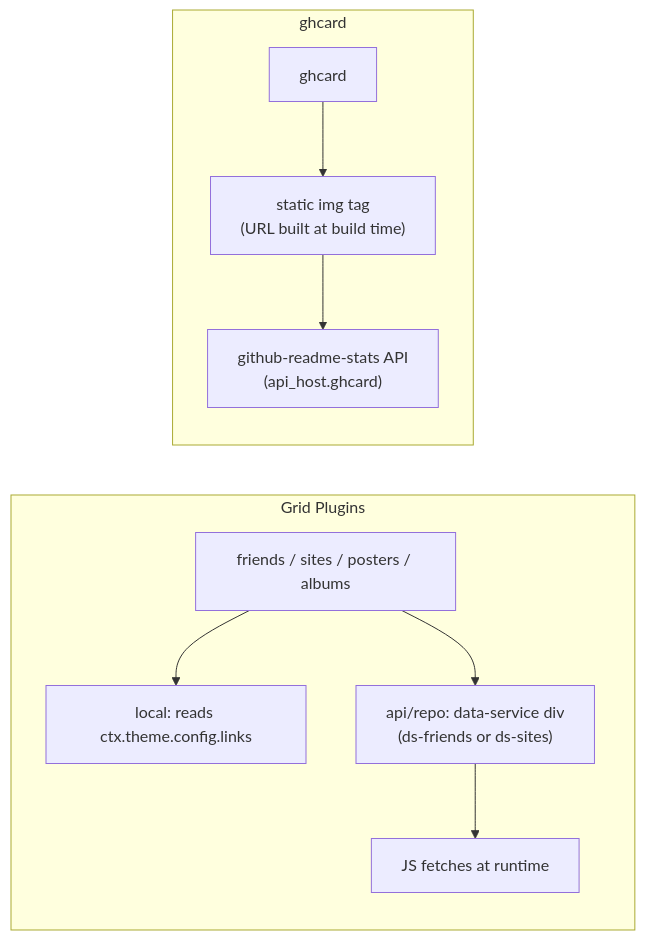
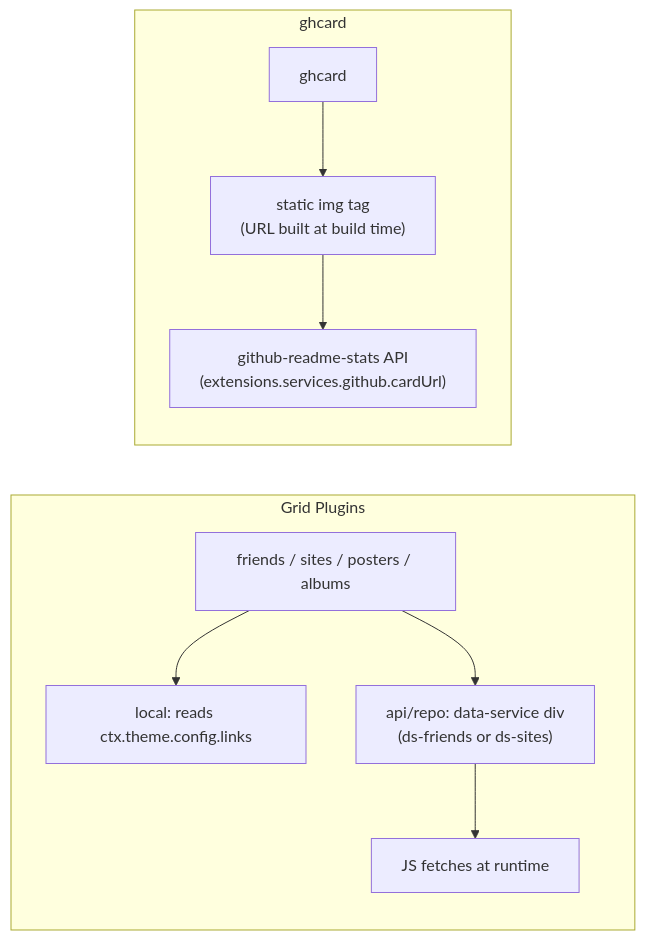
One commit to xaoxuu/hexo-theme-stellar changed the fourth of 4 diagrams in docs/knowledge/04-标签插件/social-content-card-tags.md. Above: the diagram before and after it, drawn with Mermaid. The commit also changed other lines of this file and 124 other files, not shown here.

````diff
--- a/docs/knowledge/04-标签插件/social-content-card-tags.md
+++ b/docs/knowledge/04-标签插件/social-content-card-tags.md
@@ -341,14 +341,14 @@
 ```mermaid
 flowchart LR
     subgraph "Grid Plugins"
         GP["friends / sites / posters / albums"]
         GP --> LP["local: reads ctx.theme.config.links"]
         GP --> AP["api/repo: data-service div\n(ds-friends or ds-sites)"]
         AP --> JS["JS fetches at runtime"]
     end
     subgraph "ghcard"
         GC["ghcard"]
         GC --> IMG["static img tag\n(URL built at build time)"]
-        IMG --> GHAPI["github-readme-stats API\n(api_host.ghcard)"]
+        IMG --> GHAPI["github-readme-stats API\n(extensions.services.github.cardUrl)"]
     end
 ```
````
